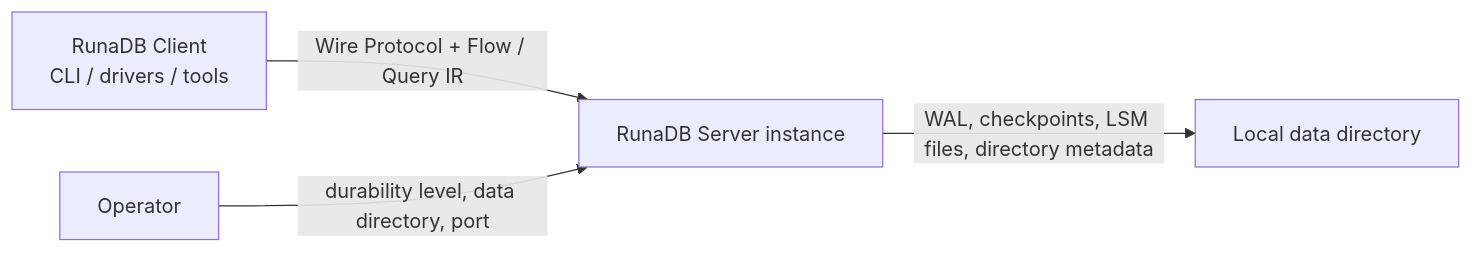
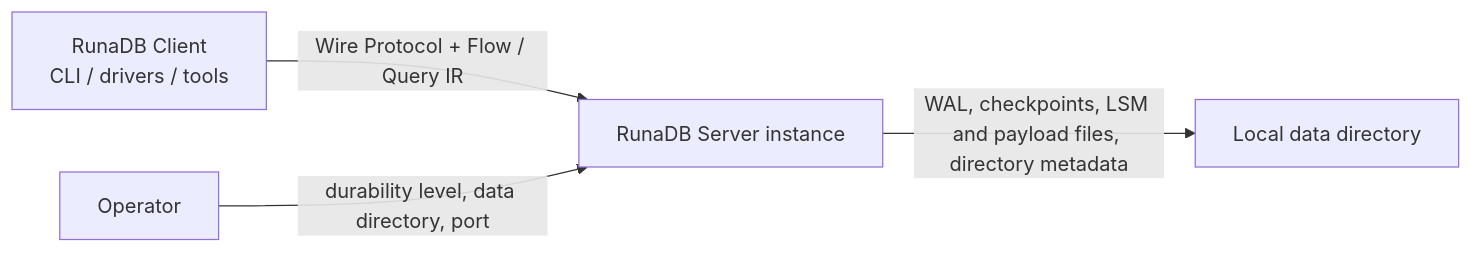
One commit to viloris-org/Pico changed the first of 3 diagrams in docs/ARCHITECTURE.md. Above: the diagram before and after it, drawn with Mermaid. The commit also changed other lines of this file and 1 other file, not shown here.

First line of the commit message:
feat(architecture): add immutable Observation Evidence payload storage and MCP stdio adapter

````diff
--- a/docs/ARCHITECTURE.md
+++ b/docs/ARCHITECTURE.md
@@ -48,6 +52,6 @@
 ```mermaid
 flowchart LR
   client["RunaDB Client\nCLI / drivers / tools"] -->|"Wire Protocol + Flow / Query IR"| runadb["RunaDB Server instance"]
-  runadb -->|"WAL, checkpoints, LSM files, directory metadata"| data["Local data directory"]
+  runadb -->|"WAL, checkpoints, LSM and payload files, directory metadata"| data["Local data directory"]
   operator["Operator"] -->|"durability level, data directory, port"| runadb
 ```
````
